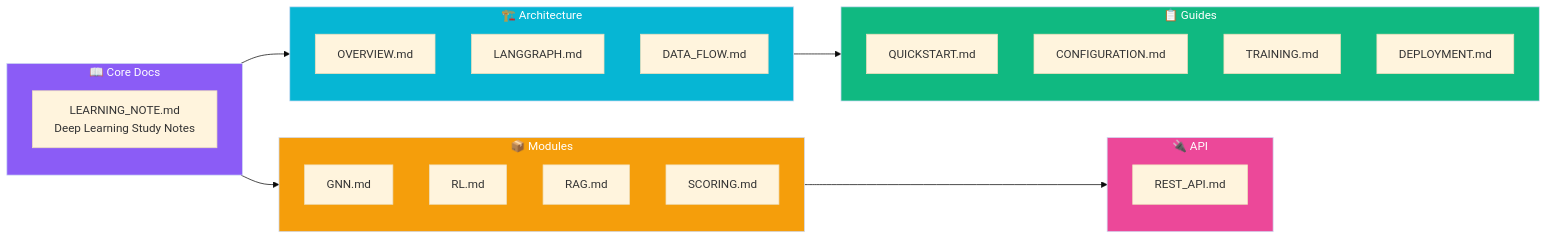
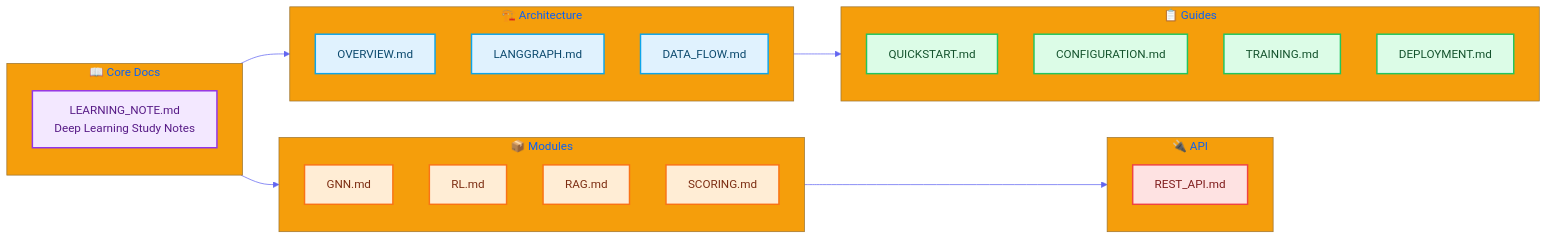
One commit to AluminumShark/Social-Debate-AI changed the first of 2 diagrams in docs/README.md. Above: the diagram before and after it, drawn with Mermaid. The commit also changed other lines of this file and 5 other files, not shown here.

Commit message:
style(docs): apply consistent bright Mermaid theme to all documentation diagrams

````diff
--- a/docs/README.md
+++ b/docs/README.md
@@ -11,41 +11,42 @@
 ```mermaid
-%%{init: {'theme': 'base'}}%%
+%%{init: {'theme': 'base', 'themeVariables': { 'primaryColor': '#4f46e5', 'primaryTextColor': '#fff', 'primaryBorderColor': '#4338ca', 'lineColor': '#6366f1', 'secondaryColor': '#10b981', 'tertiaryColor': '#f59e0b'}}}%%
 flowchart LR
+    %% Styles
+    classDef core fill:#f3e8ff,stroke:#9333ea,stroke-width:2px,color:#581c87;
+    classDef arch fill:#e0f2fe,stroke:#0ea5e9,stroke-width:2px,color:#0c4a6e;
+    classDef mod fill:#ffedd5,stroke:#f97316,stroke-width:2px,color:#7c2d12;
+    classDef guide fill:#dcfce7,stroke:#22c55e,stroke-width:2px,color:#14532d;
+    classDef api fill:#fee2e2,stroke:#ef4444,stroke-width:2px,color:#7f1d1d;
+
     subgraph Core["📖 Core Docs"]
-        LN["LEARNING_NOTE.md<br/>Deep Learning Study Notes"]
+        LN["LEARNING_NOTE.md<br/>Deep Learning Study Notes"]:::core
     end
 
     subgraph Arch["🏗️ Architecture"]
-        OV["OVERVIEW.md"]
-        LG["LANGGRAPH.md"]
-        DF["DATA_FLOW.md"]
+        OV["OVERVIEW.md"]:::arch
+        LG["LANGGRAPH.md"]:::arch
+        DF["DATA_FLOW.md"]:::arch
     end
 
     subgraph Mod["📦 Modules"]
-        GNN["GNN.md"]
-        RL["RL.md"]
-        RAG["RAG.md"]
-        SC["SCORING.md"]
+        GNN["GNN.md"]:::mod
+        RL["RL.md"]:::mod
+        RAG["RAG.md"]:::mod
+        SC["SCORING.md"]:::mod
     end
 
     subgraph Guide["📋 Guides"]
-        QS["QUICKSTART.md"]
-        CF["CONFIGURATION.md"]
-        TR["TRAINING.md"]
-        DP["DEPLOYMENT.md"]
+        QS["QUICKSTART.md"]:::guide
+        CF["CONFIGURATION.md"]:::guide
+        TR["TRAINING.md"]:::guide
+        DP["DEPLOYMENT.md"]:::guide
     end
 
     subgraph API["🔌 API"]
-        REST["REST_API.md"]
+        REST["REST_API.md"]:::api
     end
 
     Core --> Arch & Mod
     Arch --> Guide
     Mod --> API
-
-    style Core fill:#8b5cf6,color:#fff
-    style Arch fill:#06b6d4,color:#fff
-    style Mod fill:#f59e0b,color:#fff
-    style Guide fill:#10b981,color:#fff
-    style API fill:#ec4899,color:#fff
 ```
````
